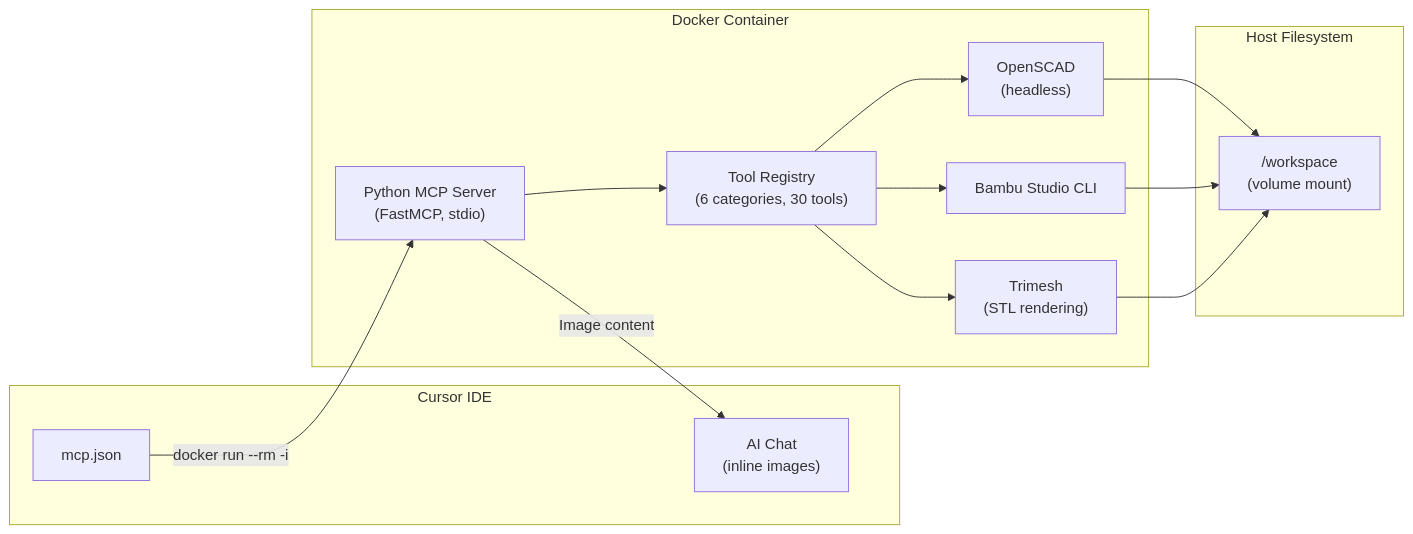
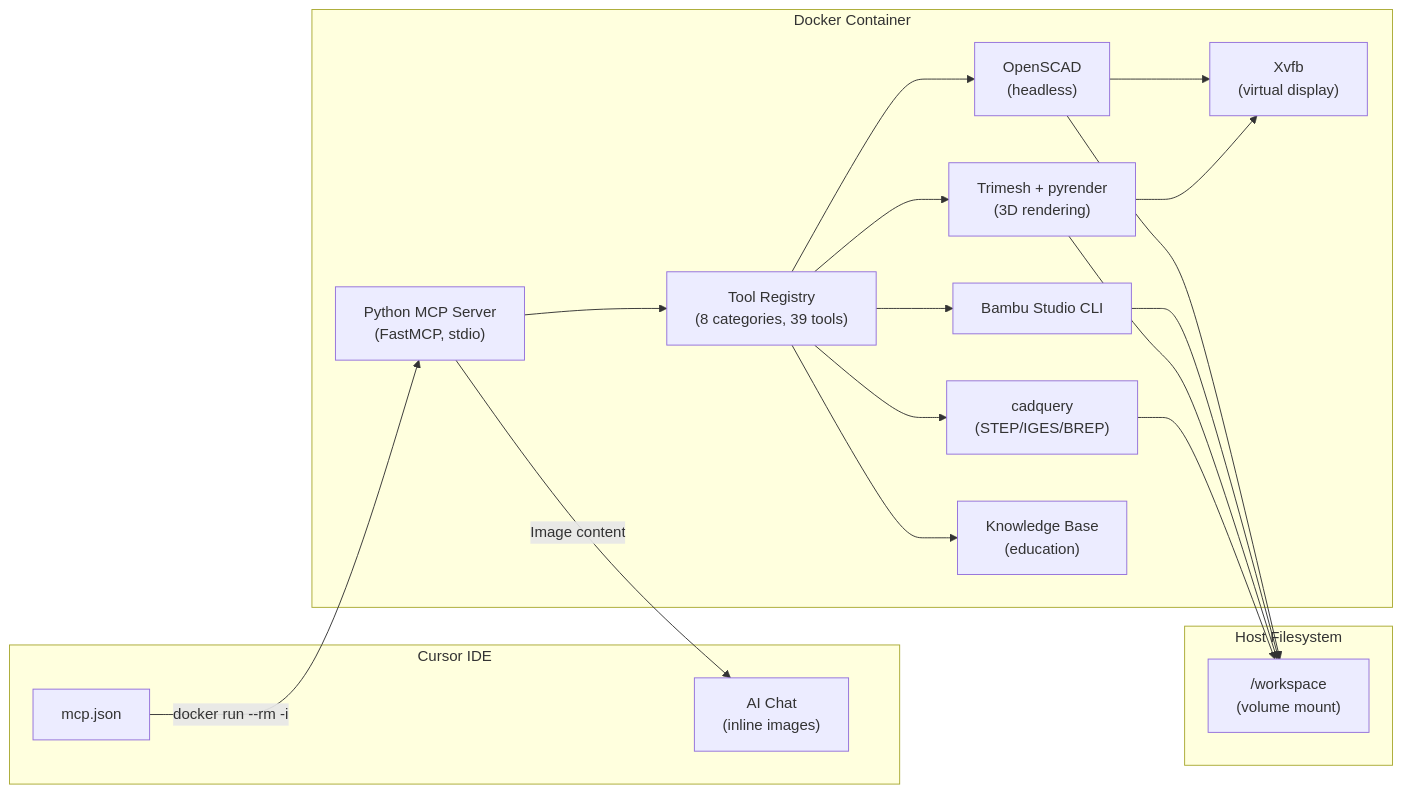
The diagram in README.md (devaclark/mcp-3d-tools), drawn with Mermaid before and after one commit. The commit also changed other lines of this file and 5 other files, not shown here.

First line of the commit message:
docs: fix accuracy gaps across README and docs -- 39 tools, 8 categories

````diff
--- a/README.md
+++ b/README.md
@@ -28,26 +29,34 @@
 ```mermaid
 flowchart LR
   subgraph CursorIDE [Cursor IDE]
     mcpJson["mcp.json"]
     chat["AI Chat\n(inline images)"]
   end
   subgraph DockerContainer [Docker Container]
     mcpServer["Python MCP Server\n(FastMCP, stdio)"]
-    toolRegistry["Tool Registry\n(6 categories, 30 tools)"]
+    toolRegistry["Tool Registry\n(8 categories, 39 tools)"]
     openscadBin["OpenSCAD\n(headless)"]
     bambuCli["Bambu Studio CLI"]
-    renderEngine["Trimesh\n(STL rendering)"]
+    renderEngine["Trimesh + pyrender\n(3D rendering)"]
+    cadquery["cadquery\n(STEP/IGES/BREP)"]
+    knowledgeBase["Knowledge Base\n(education)"]
+    xvfb["Xvfb\n(virtual display)"]
   end
   subgraph HostFS [Host Filesystem]
     workspace["/workspace\n(volume mount)"]
   end
   mcpJson -->|"docker run --rm -i"| mcpServer
   mcpServer --> toolRegistry
   toolRegistry --> openscadBin
   toolRegistry --> bambuCli
   toolRegistry --> renderEngine
+  toolRegistry --> cadquery
+  toolRegistry --> knowledgeBase
+  openscadBin --> xvfb
+  renderEngine --> xvfb
   openscadBin --> workspace
   bambuCli --> workspace
   renderEngine --> workspace
+  cadquery --> workspace
   mcpServer -->|"Image content"| chat
 ```
````
